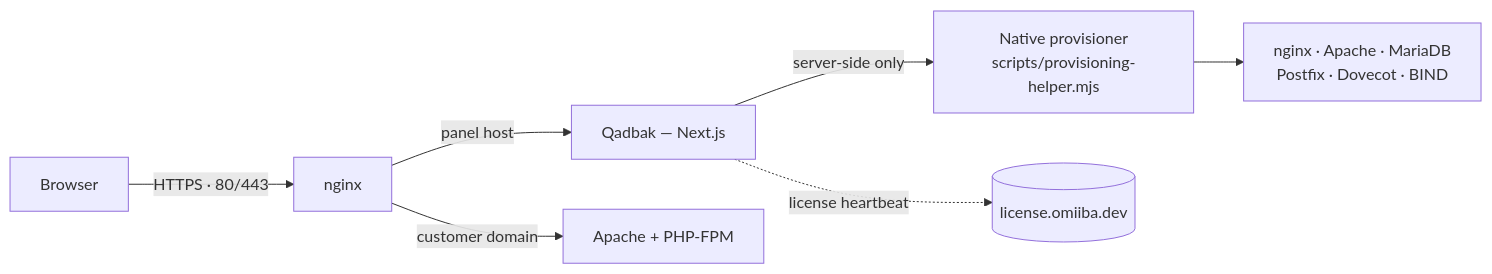
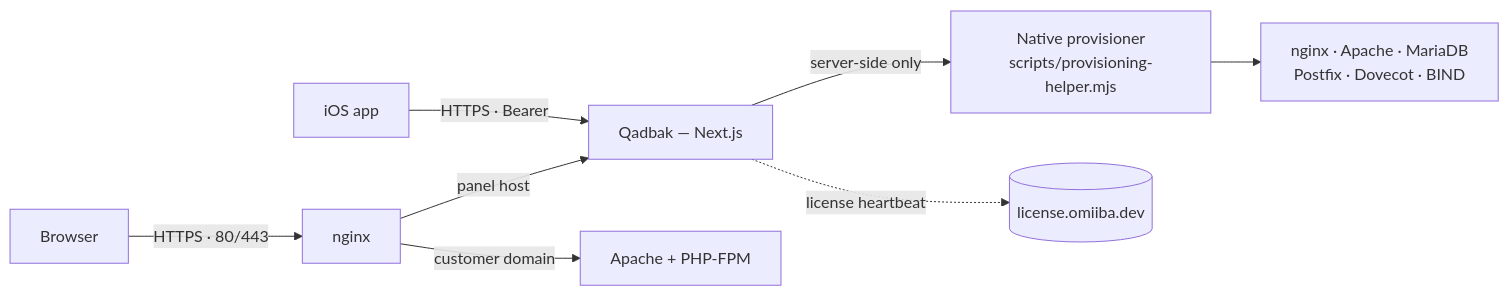
Before and after one commit to macdirtycow/qadbak: the diagram in README.md, drawn with Mermaid. The commit also changed other lines of this file and 14 other files, not shown here.

````diff
--- a/README.md
+++ b/README.md
@@ -217,9 +288,10 @@
 ```mermaid
 flowchart LR
     B[Browser] -->|"HTTPS · 80/443"| N[nginx]
+    I[iOS app] -->|"HTTPS · Bearer"| Q
     N -->|"panel host"| Q[Qadbak — Next.js]
     N -->|"customer domain"| A[Apache + PHP-FPM]
     Q -->|"server-side only"| P["Native provisioner<br/>scripts/provisioning-helper.mjs"]
     P --> S["nginx · Apache · MariaDB<br/>Postfix · Dovecot · BIND"]
     Q -.->|"license heartbeat"| L[("license.omiiba.dev")]
 ```
````
